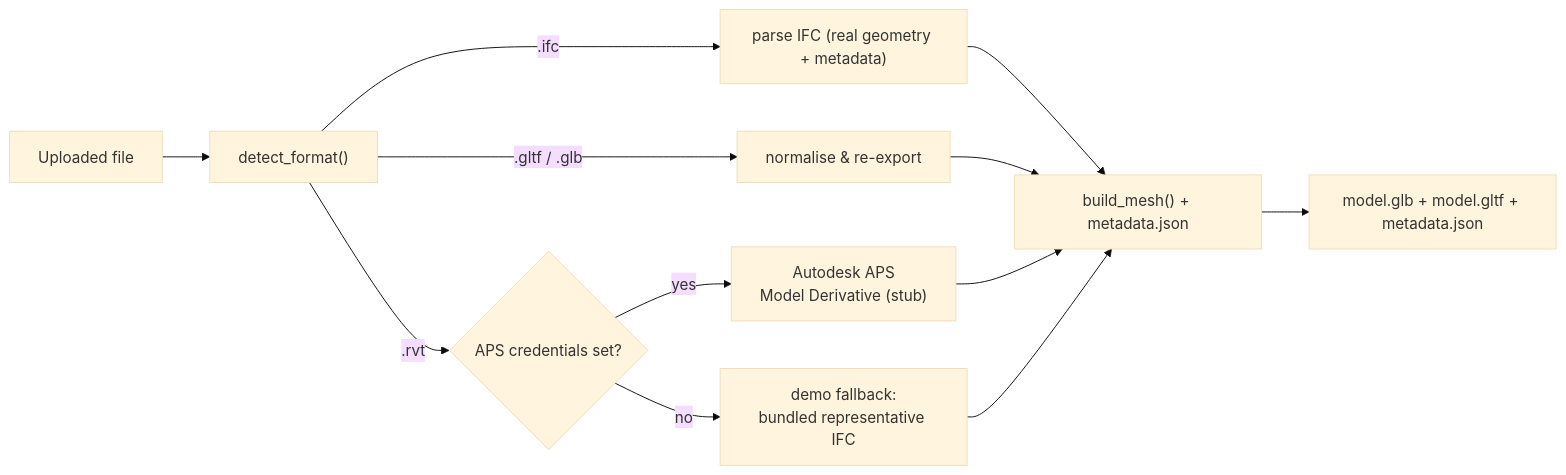
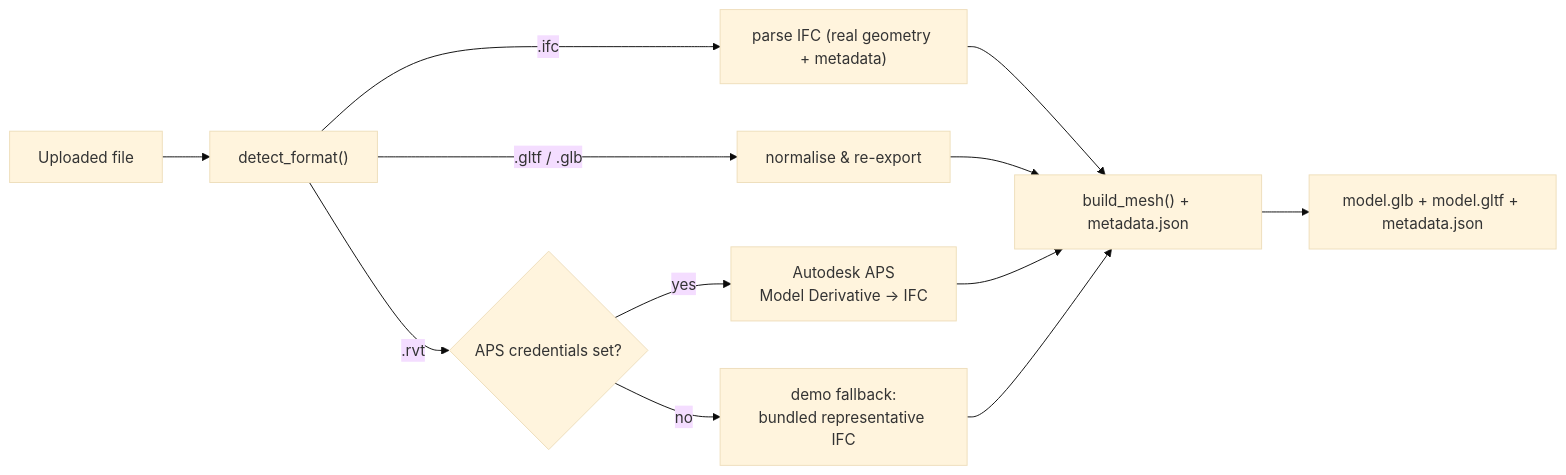
Before and after one commit to studio-public-demos/bim-cloud-pipeline: the second of 2 diagrams in docs/ARCHITECTURE.md, drawn with Mermaid (base theme). The commit also changed other lines of this file and 20 other files, not shown here.

````diff
--- a/docs/ARCHITECTURE.md
+++ b/docs/ARCHITECTURE.md
@@ -39,14 +39,14 @@
 ```mermaid
 flowchart LR
     UP["Uploaded file"] --> DET["detect_format()"]
     DET -->|".ifc"| IFC["parse IFC (real geometry + metadata)"]
     DET -->|".gltf / .glb"| GLT["normalise & re-export"]
     DET -->|".rvt"| RVT{"APS credentials set?"}
-    RVT -->|"yes"| APS["Autodesk APS<br/>Model Derivative (stub)"]
+    RVT -->|"yes"| APS["Autodesk APS<br/>Model Derivative → IFC"]
     RVT -->|"no"| FALLBACK["demo fallback:<br/>bundled representative IFC"]
     IFC --> M["build_mesh() + metadata.json"]
     GLT --> M
     APS --> M
     FALLBACK --> M
     M --> O["model.glb + model.gltf + metadata.json"]
 ```
````
